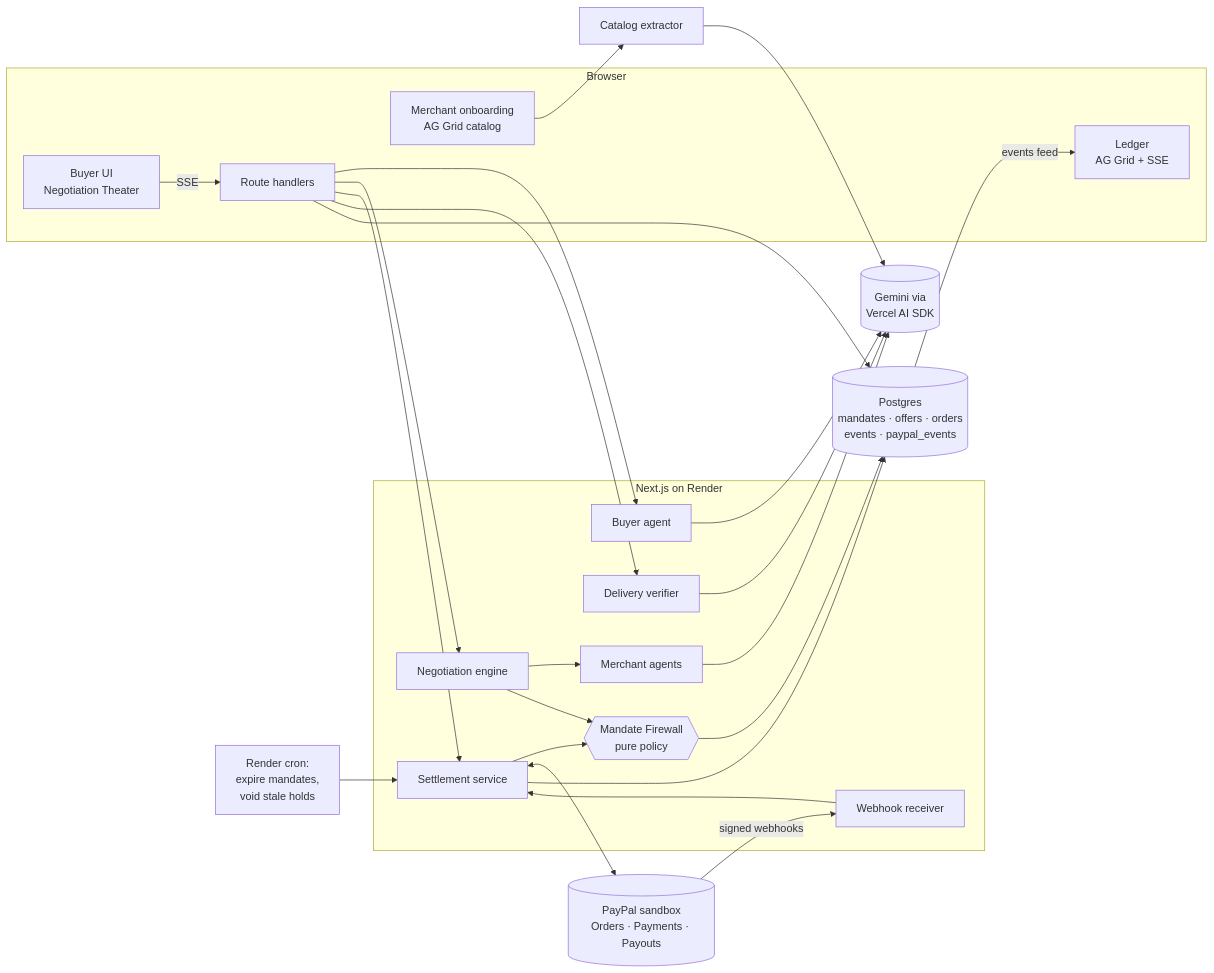
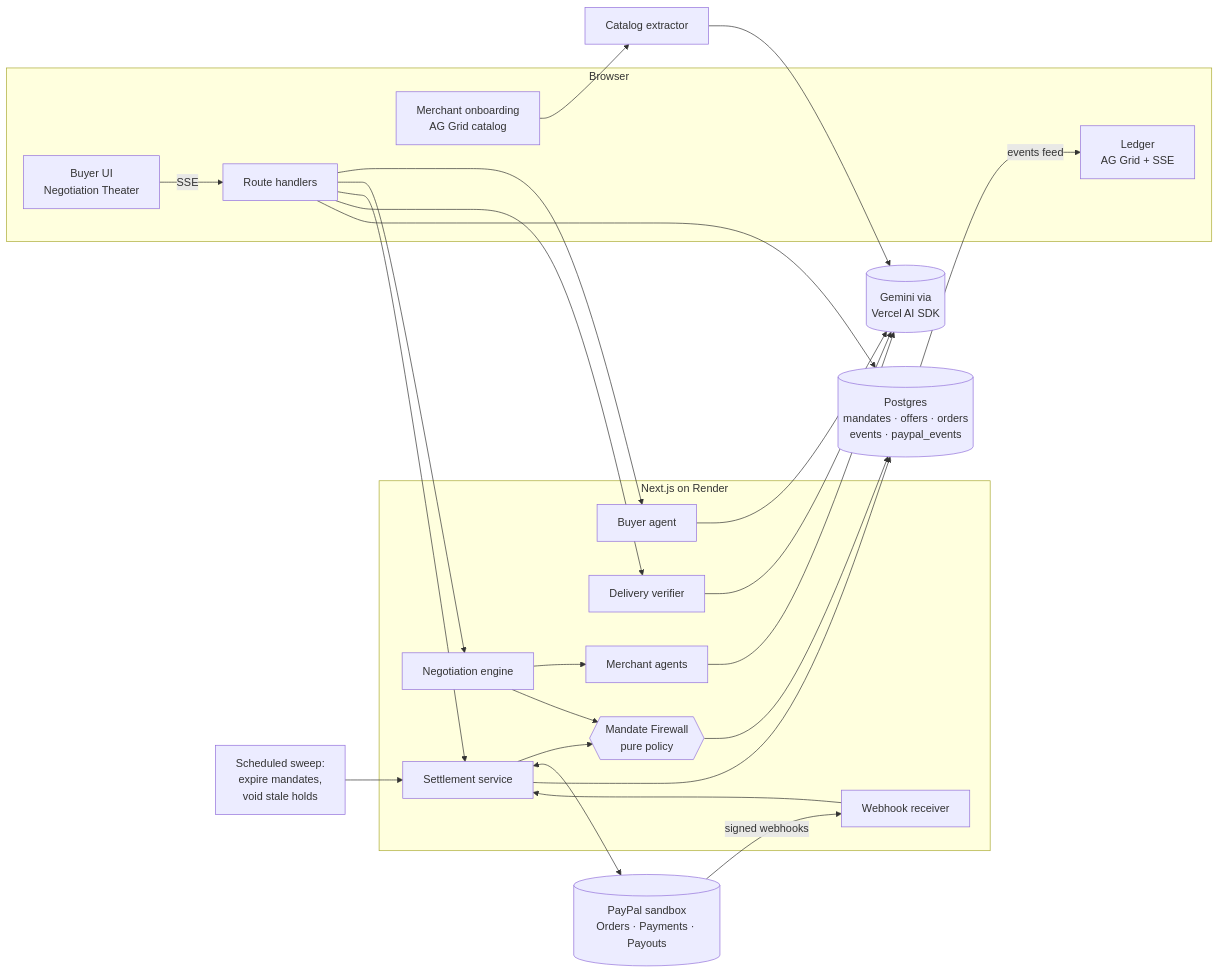
The diagram in README.md (Yashika2211/PAYPALAIHACKATHON), drawn with Mermaid before and after one commit. The commit also changed other lines of this file and 8 other files, not shown here.

Commit message:
Default Render blueprint to free plans with in-process maintenance sweep

````diff
--- a/README.md
+++ b/README.md
@@ -94,25 +94,25 @@
 ```mermaid
 flowchart LR
   subgraph Browser
     B[Buyer UI<br/>Negotiation Theater] -- SSE --> S
     M[Merchant onboarding<br/>AG Grid catalog]
     L[Ledger<br/>AG Grid + SSE]
   end
   subgraph "Next.js on Render"
     S[Route handlers] --> BA[Buyer agent]
     S --> NE[Negotiation engine]
     NE --> MA[Merchant agents]
     NE --> FW{{Mandate Firewall<br/>pure policy}}
     S --> SET[Settlement service]
     SET --> FW
     S --> DV[Delivery verifier]
     WH[Webhook receiver] --> SET
   end
   BA & MA & DV & CE[Catalog extractor] --> G[(Gemini via<br/>Vercel AI SDK)]
   M --> CE
   SET <--> PP[(PayPal sandbox<br/>Orders · Payments · Payouts)]
   PP -- signed webhooks --> WH
   S & SET & FW --> DB[(Postgres<br/>mandates · offers · orders<br/>events · paypal_events)]
   DB -- events feed --> L
-  CRON[Render cron:<br/>expire mandates,<br/>void stale holds] --> SET
+  CRON[Scheduled sweep:<br/>expire mandates,<br/>void stale holds] --> SET
 ```
````
